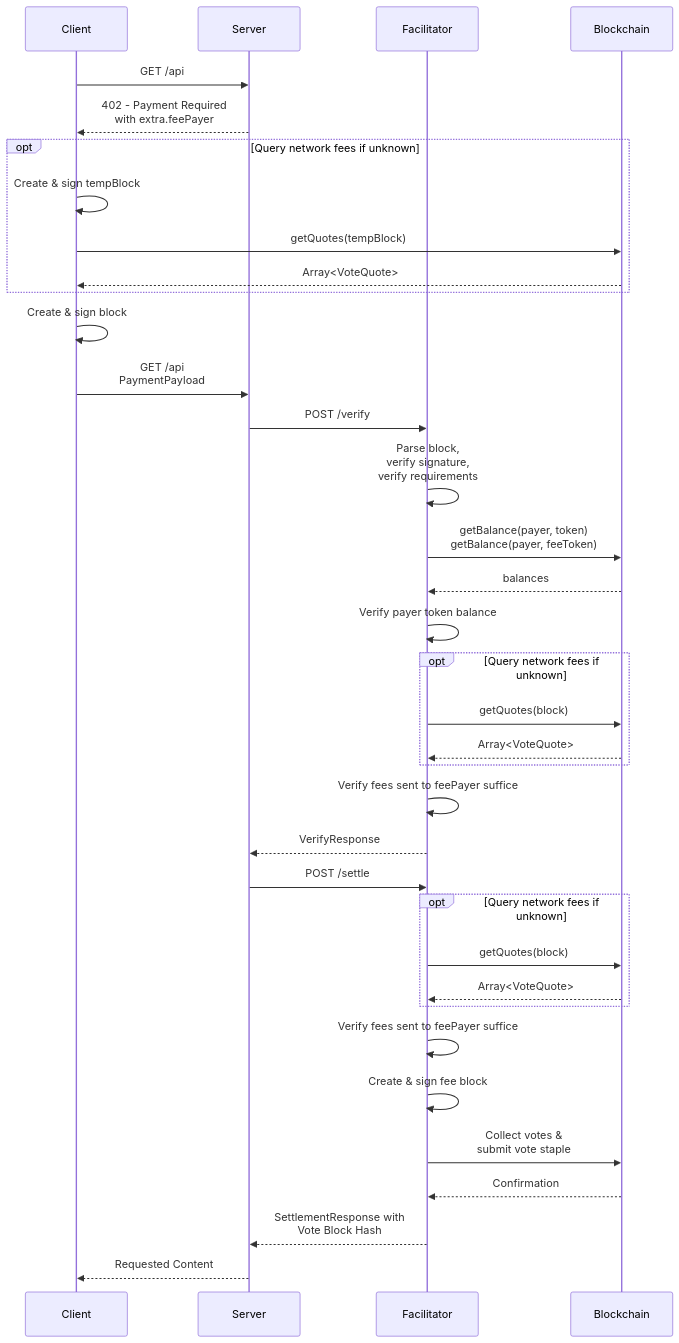
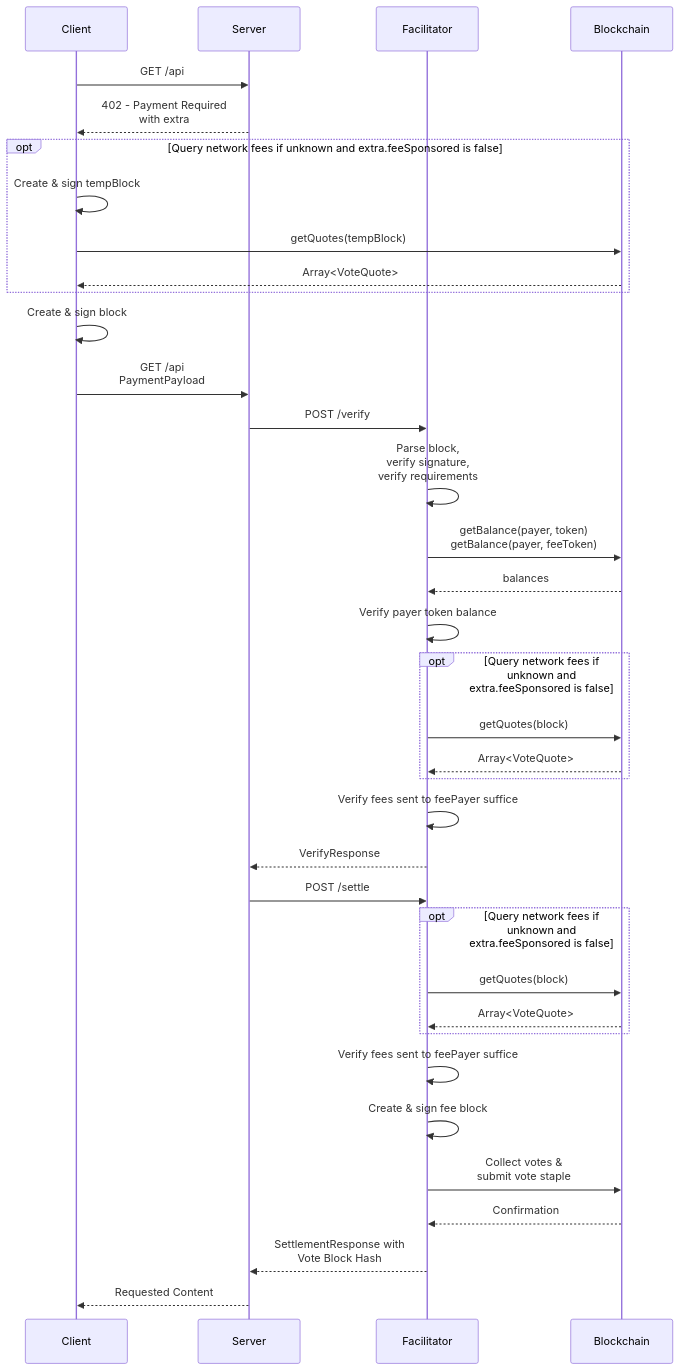
The diagram in specs/schemes/exact/scheme_exact_keeta_feePayer.md (sc4l3r/coinbase-x402), drawn with Mermaid before and after one commit. The commit also changed other lines of this file and 1 other file, not shown here.

Commit message:
feat(specs): add external field and fee sponsorship to Keeta spec

````diff
--- a/specs/schemes/exact/scheme_exact_keeta_feePayer.md
+++ b/specs/schemes/exact/scheme_exact_keeta_feePayer.md
@@ -13,39 +13,39 @@
 ```mermaid
 sequenceDiagram
     participant Client;
     participant Server;
     participant Facilitator;
     participant Blockchain;
 
     Client->>Server: GET /api
-    Server-->>Client: 402 - Payment Required<br>with extra.feePayer
-    opt Query network fees if unknown
+    Server-->>Client: 402 - Payment Required<br>with extra
+    opt Query network fees if unknown and extra.feeSponsored is false
         Client->>Client: Create & sign tempBlock
         Client->>Blockchain: getQuotes(tempBlock)
         Blockchain-->>Client: Array<VoteQuote>
     end
     Client->>Client: Create & sign block
     Client->>Server: GET /api <br>PaymentPayload
     Server->>Facilitator: POST /verify
     Facilitator->>Facilitator: Parse block,<br>verify signature,<br>verify requirements
     Facilitator->>Blockchain: getBalance(payer, token)<br>getBalance(payer, feeToken)
     Blockchain-->>Facilitator: balances
     Facilitator->>Facilitator: Verify payer token balance
-    opt Query network fees if unknown
+    opt Query network fees if unknown and extra.feeSponsored is false
         Facilitator->>Blockchain: getQuotes(block)
         Blockchain-->>Facilitator: Array<VoteQuote>
     end
     Facilitator->>Facilitator: Verify fees sent to feePayer suffice
     Facilitator-->>Server: VerifyResponse
     Server->>Facilitator: POST /settle
-    opt Query network fees if unknown
+    opt Query network fees if unknown and extra.feeSponsored is false
         Facilitator->>Blockchain: getQuotes(block)
         Blockchain-->>Facilitator: Array<VoteQuote>
     end
     Facilitator->>Facilitator: Verify fees sent to feePayer suffice
     Facilitator->>Facilitator: Create & sign fee block
     Facilitator->>Blockchain: Collect votes &<br>submit vote staple
     Blockchain-->>Facilitator: Confirmation
     Facilitator-->>Server: SettlementResponse with<br>Vote Block Hash
     Server-->>Client: Requested Content
 ```
````
